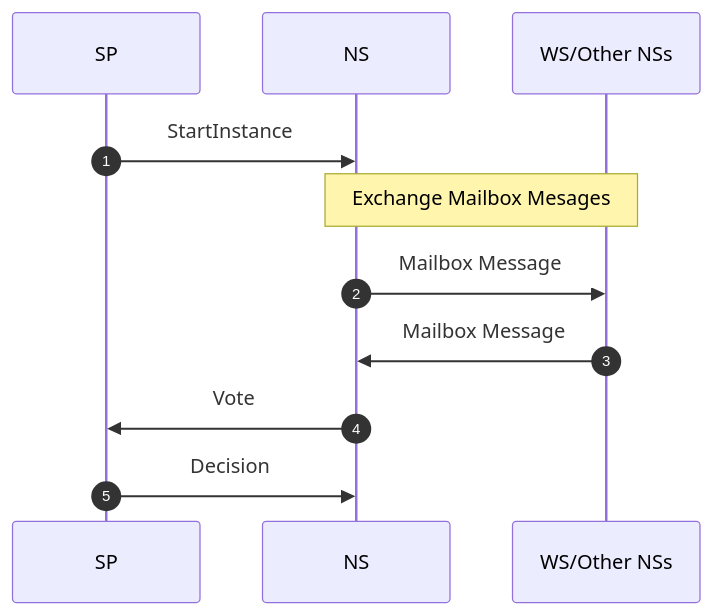
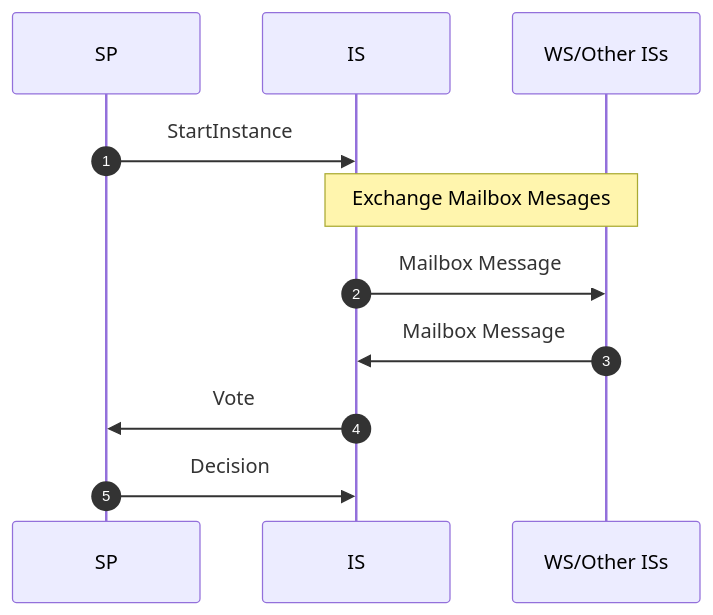
The second of 5 diagrams in cross_domain_composability_protocol.md (compose-network/specs), drawn with Mermaid before and after one commit. The commit also changed other lines of this file, not shown here.

````diff
--- a/cross_domain_composability_protocol.md
+++ b/cross_domain_composability_protocol.md
@@ -242,16 +242,16 @@
 ```mermaid
 sequenceDiagram
     autonumber
 
     participant SP
-    participant NS
-    participant WS/Other NSs
+    participant IS
+    participant WS/Other ISs
 
-    SP->>NS: StartInstance
-    Note over NS,WS/Other NSs: Exchange Mailbox Mesages
-    NS->>WS/Other NSs: Mailbox Message
-    WS/Other NSs->>NS: Mailbox Message
+    SP->>IS: StartInstance
+    Note over IS,WS/Other ISs: Exchange Mailbox Mesages
+    IS->>WS/Other ISs: Mailbox Message
+    WS/Other ISs->>IS: Mailbox Message
     
-    NS->>SP: Vote
-    SP->>NS: Decision
+    IS->>SP: Vote
+    SP->>IS: Decision
 ```
````
